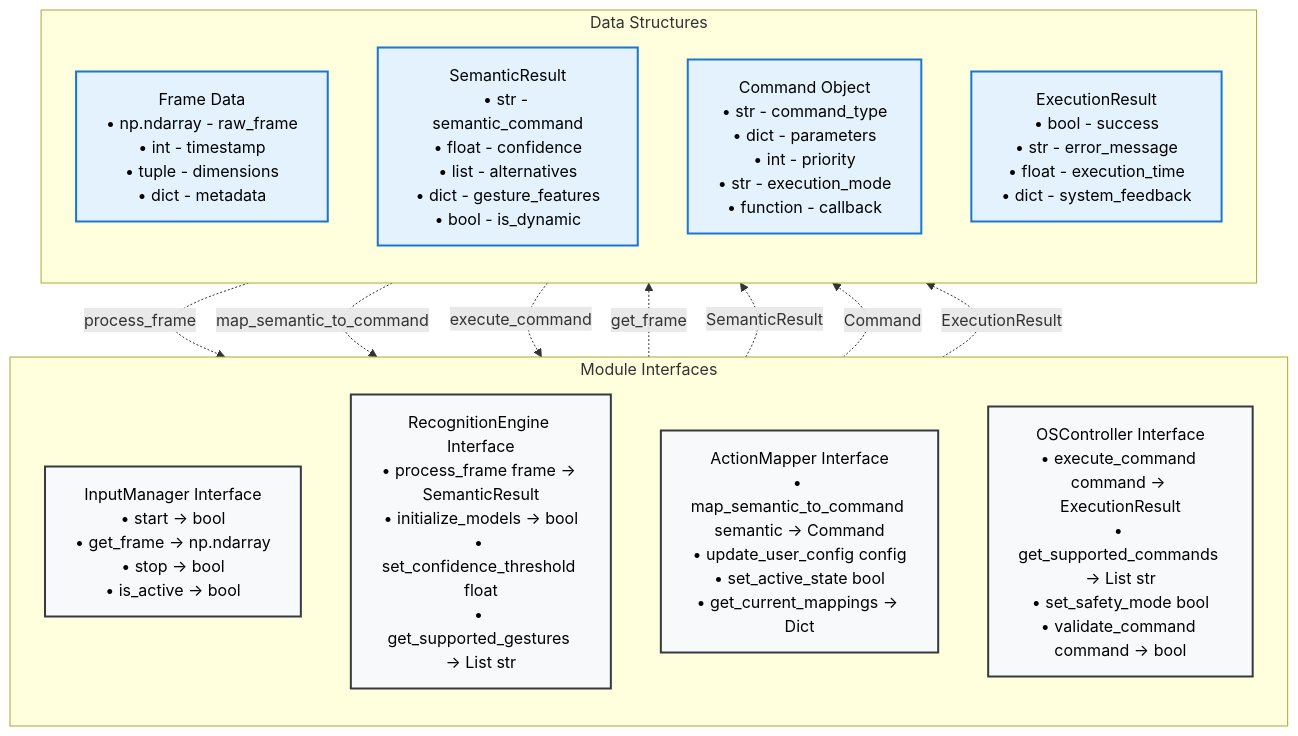
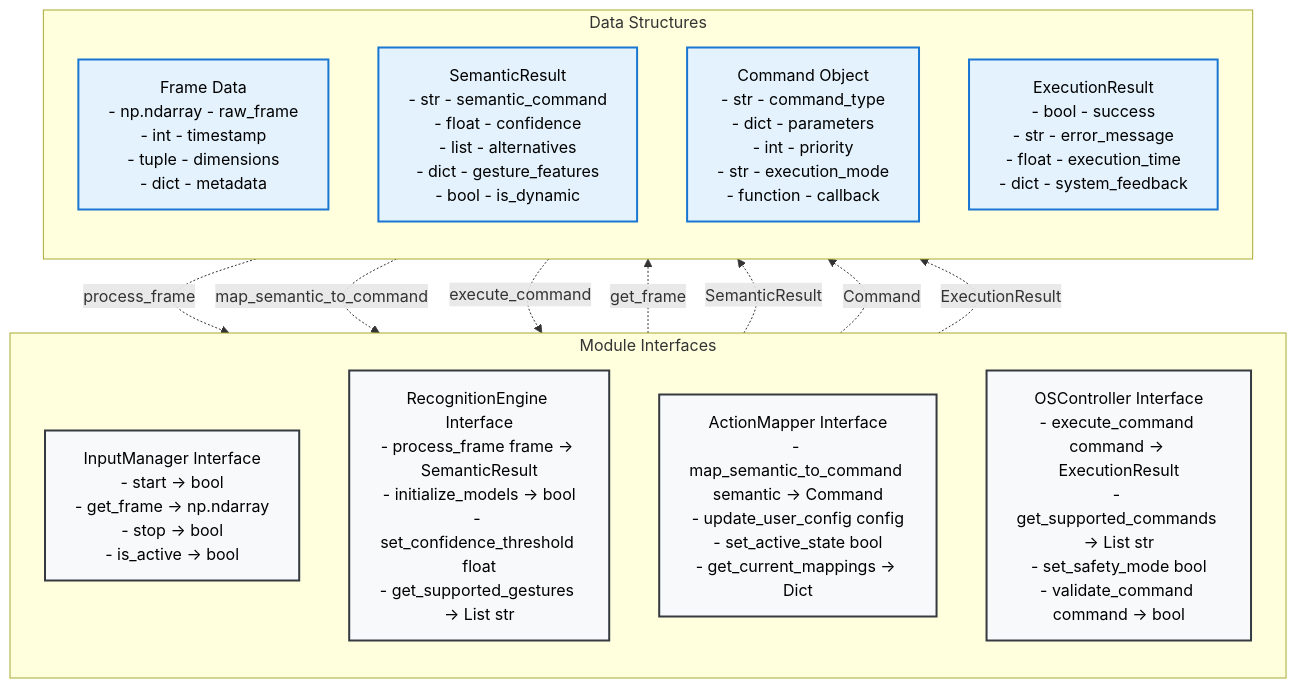
Before and after one commit to ntsrigaud/Maestro: the third of 5 diagrams in docs/Project-Architecture/DETAILED_SYSTEM_ARCHITECTURE.md, drawn with Mermaid. The commit also changed other lines of this file, not shown here.

Commit message:
fix(docs): core modules names in the architecture diagram (#29)

````diff
--- a/docs/Project-Architecture/DETAILED_SYSTEM_ARCHITECTURE.md
+++ b/docs/Project-Architecture/DETAILED_SYSTEM_ARCHITECTURE.md
@@ -213,42 +213,42 @@
 ```mermaid
 graph TD
     %% Styling with better contrast and readability
     classDef interface fill:#f8f9fa,stroke:#343a40,stroke-width:2px,color:#000000
     classDef dataStruct fill:#e3f2fd,stroke:#1976d2,stroke-width:2px,color:#000000
 
     %% Interface Definitions
     subgraph INTERFACES ["Module Interfaces"]
         direction TB
 
-        INPUT_IF["InputManager Interface<br/>• start → bool<br/>• get_frame → np.ndarray<br/>• stop → bool<br/>• is_active → bool"]:::interface
+        INPUT_IF["InputManager Interface<br/>- start → bool<br/>- get_frame → np.ndarray<br/>- stop → bool<br/>- is_active → bool"]:::interface
 
-        REC_IF["RecognitionEngine Interface<br/>• process_frame frame → SemanticResult<br/>• initialize_models → bool<br/>• set_confidence_threshold float<br/>• get_supported_gestures → List str"]:::interface
+        REC_IF["RecognitionEngine Interface<br/>- process_frame frame → SemanticResult<br/>- initialize_models → bool<br/>- set_confidence_threshold float<br/>- get_supported_gestures → List str"]:::interface
 
-        ACTION_IF["ActionMapper Interface<br/>• map_semantic_to_command semantic → Command<br/>• update_user_config config<br/>• set_active_state bool<br/>• get_current_mappings → Dict"]:::interface
+        ACTION_IF["ActionMapper Interface<br/>- map_semantic_to_command semantic → Command<br/>- update_user_config config<br/>- set_active_state bool<br/>- get_current_mappings → Dict"]:::interface
 
-        OS_IF["OSController Interface<br/>• execute_command command → ExecutionResult<br/>• get_supported_commands → List str<br/>• set_safety_mode bool<br/>• validate_command command → bool"]:::interface
+        OS_IF["OSController Interface<br/>- execute_command command → ExecutionResult<br/>- get_supported_commands → List str<br/>- set_safety_mode bool<br/>- validate_command command → bool"]:::interface
     end
 
     %% Data Structures
     subgraph DATA_STRUCTS ["Data Structures"]
         direction TB
 
-        FRAME_DATA["Frame Data<br/>• np.ndarray - raw_frame<br/>• int - timestamp<br/>• tuple - dimensions<br/>• dict - metadata"]:::dataStruct
+        FRAME_DATA["Frame Data<br/>- np.ndarray - raw_frame<br/>- int - timestamp<br/>- tuple - dimensions<br/>- dict - metadata"]:::dataStruct
 
-        SEMANTIC_RESULT["SemanticResult<br/>• str - semantic_command<br/>• float - confidence<br/>• list - alternatives<br/>• dict - gesture_features<br/>• bool - is_dynamic"]:::dataStruct
+        SEMANTIC_RESULT["SemanticResult<br/>- str - semantic_command<br/>- float - confidence<br/>- list - alternatives<br/>- dict - gesture_features<br/>- bool - is_dynamic"]:::dataStruct
 
-        COMMAND_OBJ["Command Object<br/>• str - command_type<br/>• dict - parameters<br/>• int - priority<br/>• str - execution_mode<br/>• function - callback"]:::dataStruct
+        COMMAND_OBJ["Command Object<br/>- str - command_type<br/>- dict - parameters<br/>- int - priority<br/>- str - execution_mode<br/>- function - callback"]:::dataStruct
 
-        EXEC_RESULT["ExecutionResult<br/>• bool - success<br/>• str - error_message<br/>• float - execution_time<br/>• dict - system_feedback"]:::dataStruct
+        EXEC_RESULT["ExecutionResult<br/>- bool - success<br/>- str - error_message<br/>- float - execution_time<br/>- dict - system_feedback"]:::dataStruct
     end
 
     %% Flow Connections
     INPUT_IF -.->|"get_frame"| FRAME_DATA
     FRAME_DATA -.->|"process_frame"| REC_IF
     REC_IF -.->|"SemanticResult"| SEMANTIC_RESULT
     SEMANTIC_RESULT -.->|"map_semantic_to_command"| ACTION_IF
     ACTION_IF -.->|"Command"| COMMAND_OBJ
     COMMAND_OBJ -.->|"execute_command"| OS_IF
     OS_IF -.->|"ExecutionResult"| EXEC_RESULT
 
 ```
````
